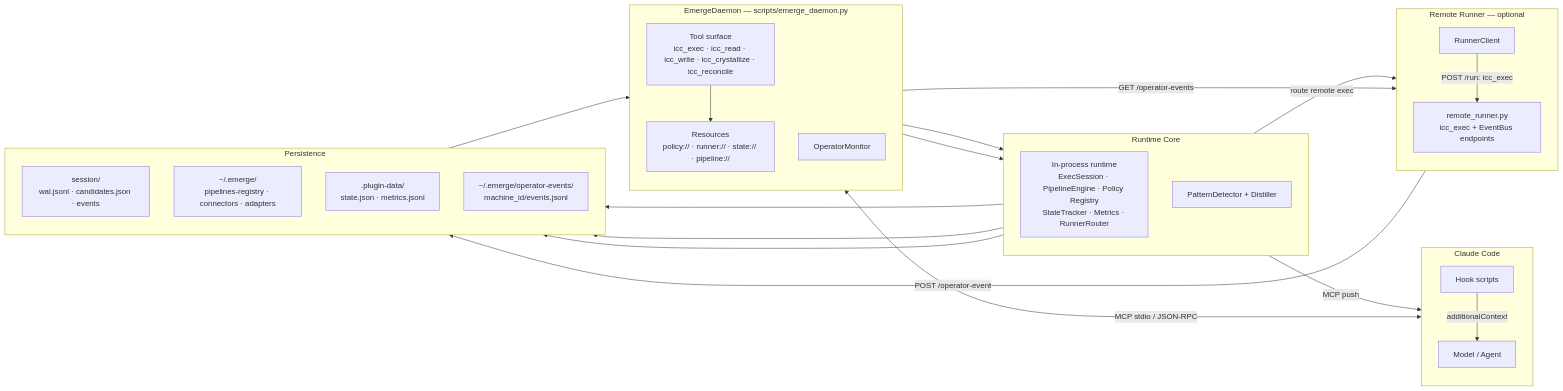
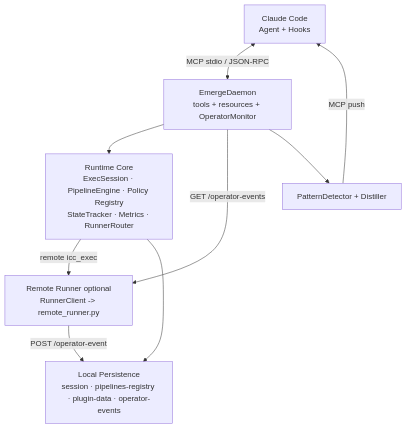
The first of 4 diagrams in README.md (jianzhichun/emerge), drawn with Mermaid before and after one commit.

Commit message:
docs: update architecture diagram to streamline component representation and enhance clarity

````diff
--- a/README.md
+++ b/README.md
@@ -20,51 +20,18 @@
 ```mermaid
-flowchart LR
-  subgraph cc [Claude Code]
-    direction TB
-    Hooks[Hook scripts]
-    Agent[Model / Agent]
-    Hooks -->|additionalContext| Agent
-  end
+flowchart TB
+  CC[Claude Code<br/>Agent + Hooks]
+  D[EmergeDaemon<br/>tools + resources + OperatorMonitor]
+  C[Runtime Core<br/>ExecSession · PipelineEngine · Policy Registry<br/>StateTracker · Metrics · RunnerRouter]
+  R[Remote Runner optional<br/>RunnerClient -> remote_runner.py]
+  P[Local Persistence<br/>session · pipelines-registry · plugin-data · operator-events]
+  X[PatternDetector + Distiller]
 
-  subgraph daemon [EmergeDaemon — scripts/emerge_daemon.py]
-    direction TB
-    T[Tool surface<br/>icc_exec · icc_read · icc_write · icc_crystallize · icc_reconcile]
-    R[Resources<br/>policy:// · runner:// · state:// · pipeline://]
-    OM[OperatorMonitor]
-    T --> R
-  end
-
-  subgraph core [Runtime Core]
-    direction TB
-    Runtime[In-process runtime<br/>ExecSession · PipelineEngine · Policy Registry<br/>StateTracker · Metrics · RunnerRouter]
-    PD2[PatternDetector + Distiller]
-  end
-
-  subgraph runner [Remote Runner — optional]
-    direction TB
-    RC[RunnerClient]
-    RProc[remote_runner.py<br/>icc_exec + EventBus endpoints]
-    RC -->|POST /run: icc_exec| RProc
-  end
-
-  subgraph persist [Persistence]
-    direction TB
-    SD[session/<br/>wal.jsonl · candidates.json · events]
-    Reg[~/.emerge/<br/>pipelines-registry · connectors · adapters]
-    PD[.plugin-data/<br/>state.json · metrics.jsonl]
-    EB[~/.emerge/operator-events/<br/>machine_id/events.jsonl]
-  end
-
-  Agent <-->|MCP stdio / JSON-RPC| T
-  T --> Runtime
-  Runtime -->|route remote exec| RC
-  OM -->|GET /operator-events| RC
-  RProc -->|POST /operator-event| EB
-  EB --> OM
-  OM --> PD2
-  PD2 -->|MCP push| Agent
-
-  Runtime --> SD
-  Runtime --> Reg
-  Runtime --> PD
+  CC <-->|MCP stdio / JSON-RPC| D
+  D --> C
+  C -->|remote icc_exec| R
+  R -->|POST /operator-event| P
+  D -->|GET /operator-events| R
+  D --> X
+  X -->|MCP push| CC
+  C --> P
 ```
````
